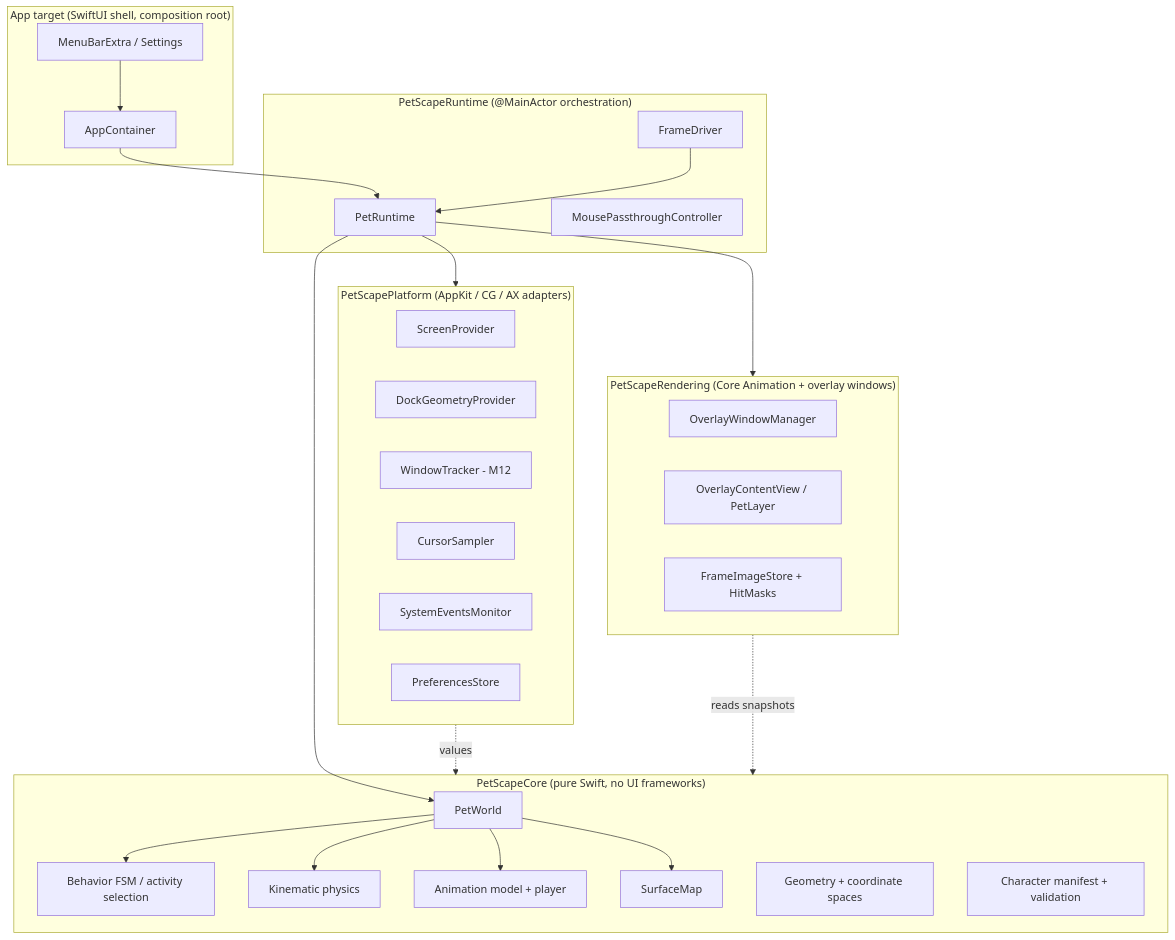
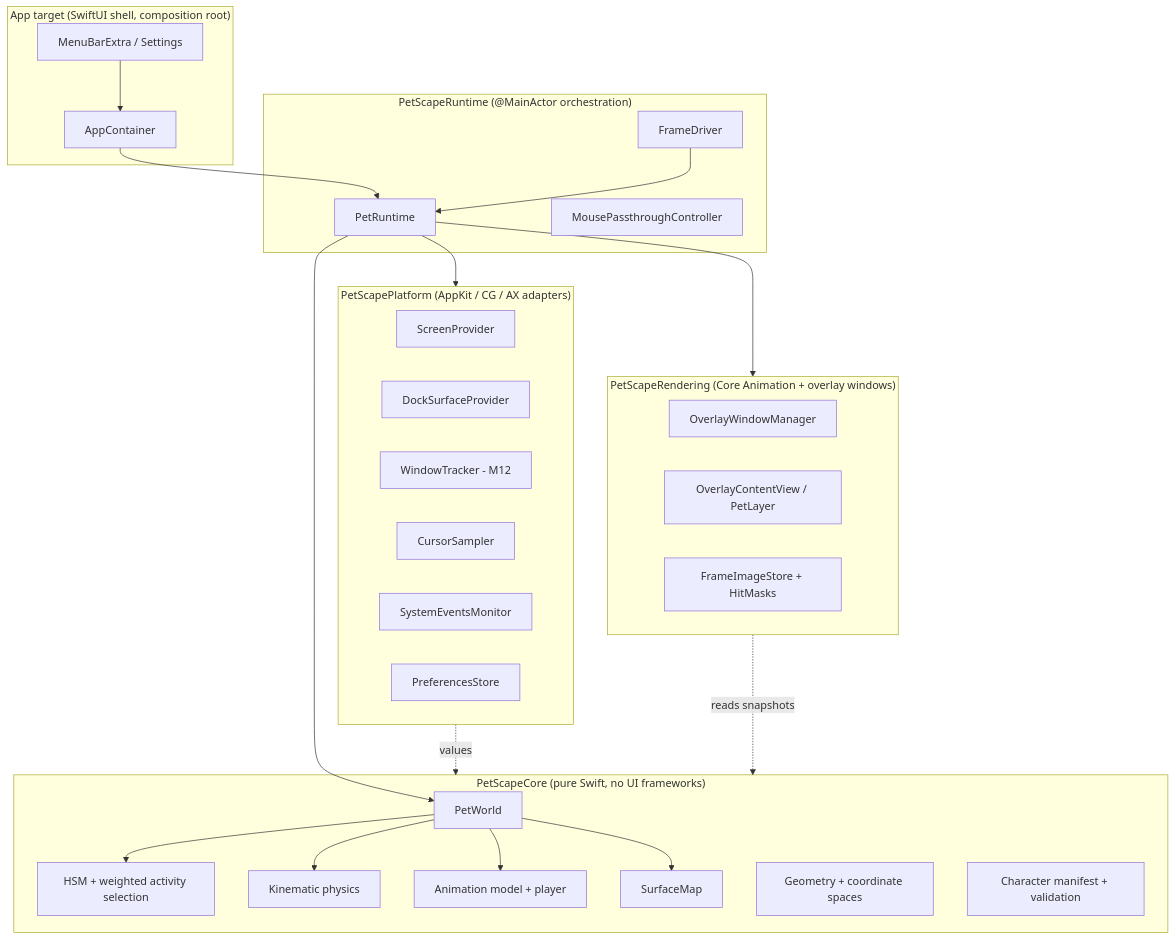
The diagram in docs/architecture/overview.md (danielcbdev/petscape), drawn with Mermaid before and after one commit. The commit also changed other lines of this file and 139 other files, not shown here.

````diff
--- a/docs/architecture/overview.md
+++ b/docs/architecture/overview.md
@@ -17,44 +22,44 @@
 ```mermaid
 flowchart TB
   subgraph App["App target (SwiftUI shell, composition root)"]
     MenuBar[MenuBarExtra / Settings]
     Container[AppContainer]
   end
   subgraph Runtime["PetScapeRuntime (@MainActor orchestration)"]
     PetRuntime
     FrameDriver
     Passthrough[MousePassthroughController]
   end
   subgraph Core["PetScapeCore (pure Swift, no UI frameworks)"]
     World[PetWorld]
-    Behavior[Behavior FSM / activity selection]
+    Behavior[HSM + weighted activity selection]
     Physics[Kinematic physics]
     Anim[Animation model + player]
     Surfaces[SurfaceMap]
     Geometry[Geometry + coordinate spaces]
     Manifest[Character manifest + validation]
   end
   subgraph Platform["PetScapePlatform (AppKit / CG / AX adapters)"]
     Screens[ScreenProvider]
-    Dock[DockGeometryProvider]
+    Dock[DockSurfaceProvider]
     Windows[WindowTracker - M12]
     Cursor[CursorSampler]
     SystemEvents[SystemEventsMonitor]
     Prefs[PreferencesStore]
   end
   subgraph Rendering["PetScapeRendering (Core Animation + overlay windows)"]
     Overlays[OverlayWindowManager]
     Layers[OverlayContentView / PetLayer]
     Images[FrameImageStore + HitMasks]
   end
 
   MenuBar --> Container
   Container --> PetRuntime
   PetRuntime --> World
   PetRuntime --> Platform
   PetRuntime --> Rendering
   FrameDriver --> PetRuntime
   World --> Behavior & Physics & Anim & Surfaces
   Platform -.values.-> Core
   Rendering -.reads snapshots.-> Core
 ```
````
